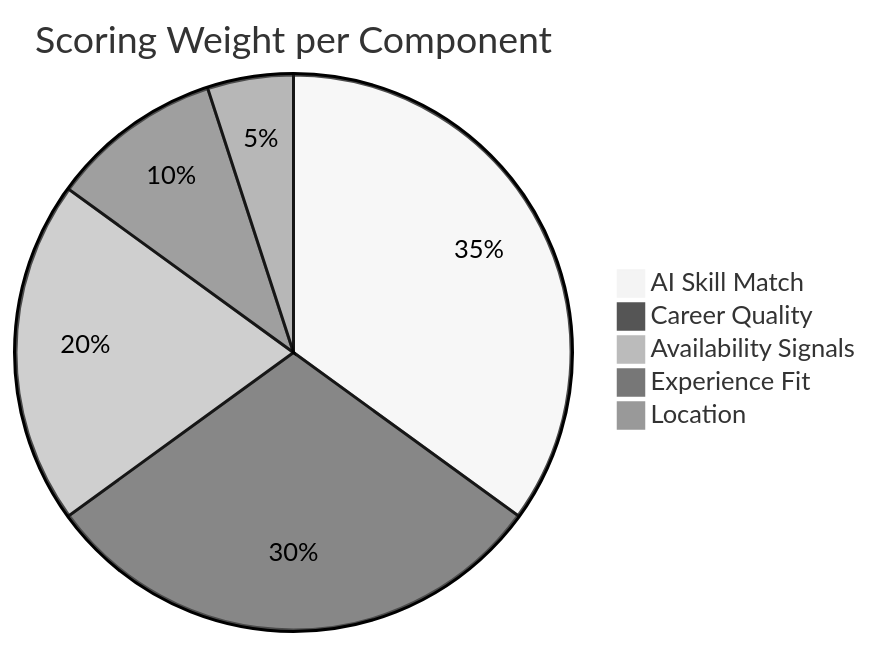
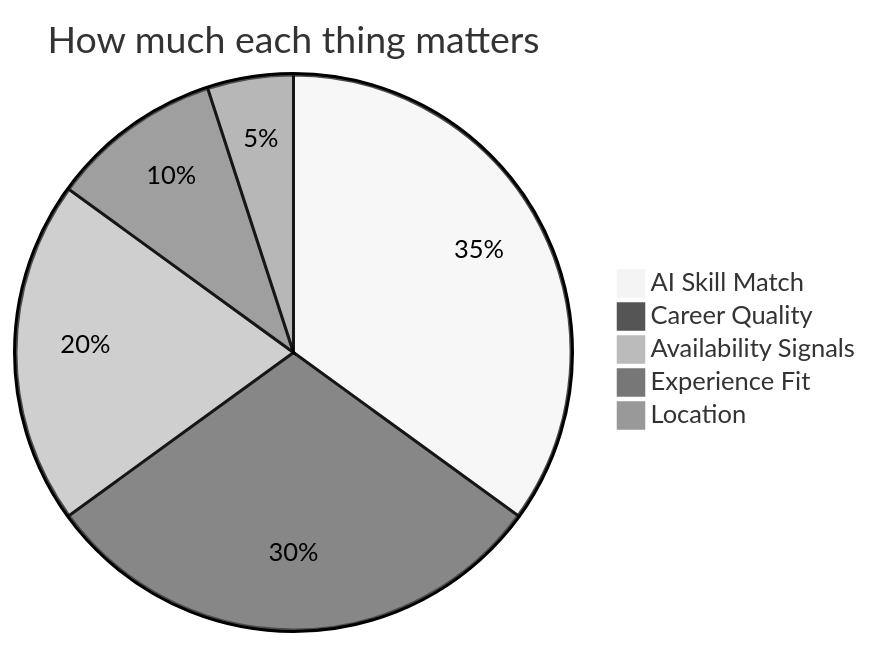
The second of 3 diagrams in README.md (black1plague2/talentos-submission), drawn with Mermaid (neutral theme) before and after one commit. The commit also changed other lines of this file, not shown here.

````diff
--- a/README.md
+++ b/README.md
@@ -62,8 +51,8 @@
 ```mermaid
-pie title Scoring Weight per Component
+pie title How much each thing matters
     "AI Skill Match" : 35
     "Career Quality" : 30
     "Availability Signals" : 20
     "Experience Fit" : 10
     "Location" : 5
 ```
````
